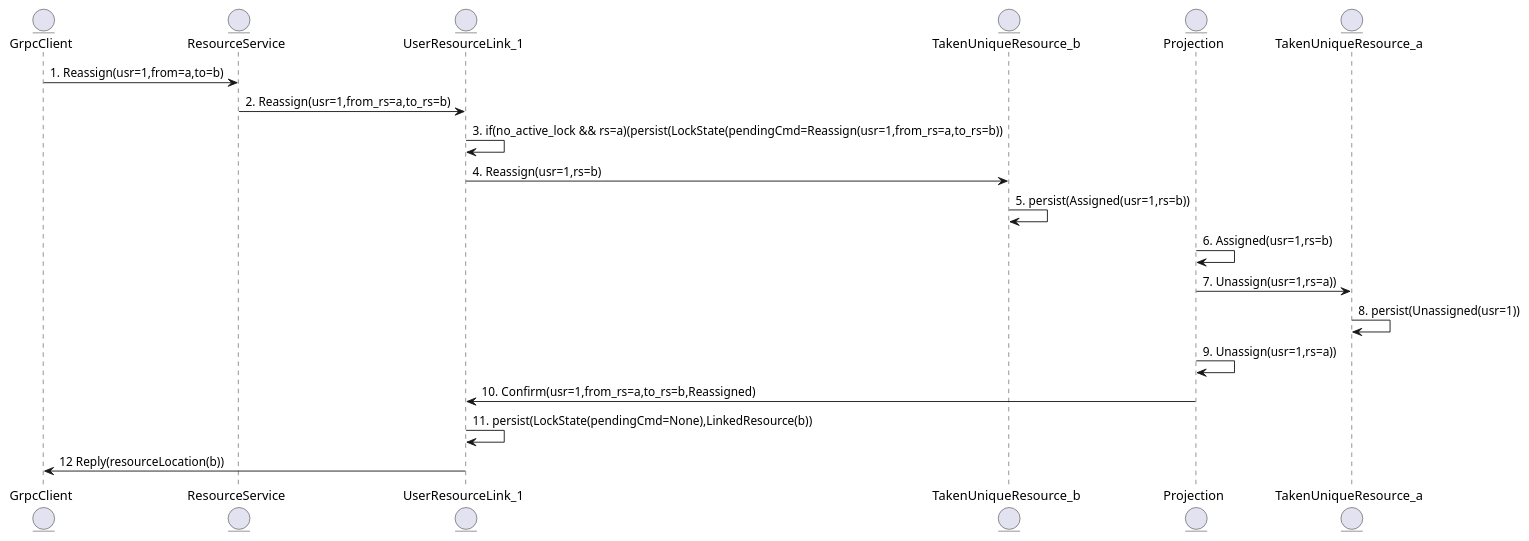
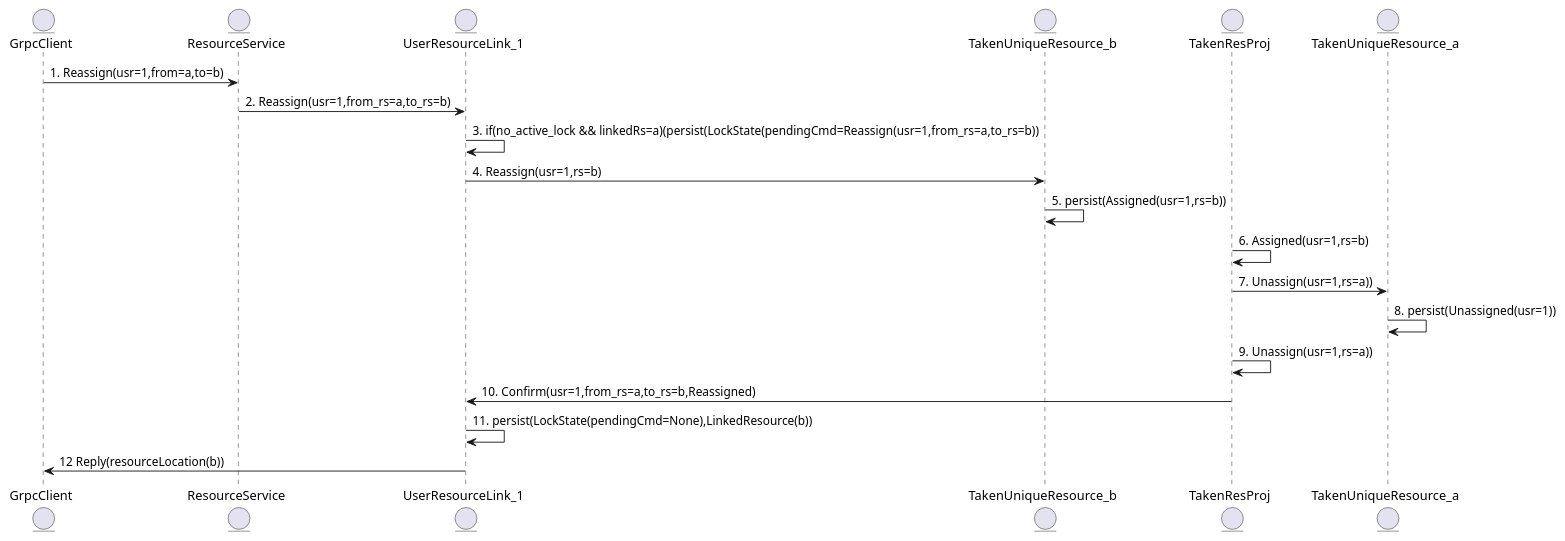
One commit to haghard/unique-resource-management changed the third of 3 diagrams in diagrams.md. Above: the diagram before and after it, drawn with PlantUML. The commit also changed other lines of this file and 2 other files, not shown here.

Commit message:
More diagrams

````diff
--- a/diagrams.md
+++ b/diagrams.md
@@ -76,33 +76,31 @@
 ```plantuml
 @startuml
 
 entity GrpcClient
 
 entity ResourceService
 
 entity UserResourceLink_1
 
 entity TakenUniqueResource_b
 
-entity Projection
+entity TakenResProj
 
 entity TakenUniqueResource_a
 
 
 GrpcClient -> ResourceService:1. Reassign(usr=1,from=a,to=b)
 ResourceService -> UserResourceLink_1:2. Reassign(usr=1,from_rs=a,to_rs=b)
-UserResourceLink_1 -> UserResourceLink_1:3. if(no_active_lock && rs=a)(persist(LockState(pendingCmd=Reassign(usr=1,from_rs=a,to_rs=b))
+UserResourceLink_1 -> UserResourceLink_1:3. if(no_active_lock && linkedRs=a)(persist(LockState(pendingCmd=Reassign(usr=1,from_rs=a,to_rs=b))
 UserResourceLink_1 -> TakenUniqueResource_b:4. Reassign(usr=1,rs=b)
 TakenUniqueResource_b -> TakenUniqueResource_b:5. persist(Assigned(usr=1,rs=b))
-
-Projection -> Projection:6. Assigned(usr=1,rs=b)  
-Projection -> TakenUniqueResource_a:7. Unassign(usr=1,rs=a))
+TakenResProj -> TakenResProj:6. Assigned(usr=1,rs=b)  
+TakenResProj -> TakenUniqueResource_a:7. Unassign(usr=1,rs=a))
 TakenUniqueResource_a -> TakenUniqueResource_a:8. persist(Unassigned(usr=1))
-
-Projection -> Projection:9. Unassign(usr=1,rs=a))
-Projection -> UserResourceLink_1:10. Confirm(usr=1,from_rs=a,to_rs=b,Reassigned) 
+TakenResProj -> TakenResProj:9. Unassign(usr=1,rs=a))
+TakenResProj -> UserResourceLink_1:10. Confirm(usr=1,from_rs=a,to_rs=b,Reassigned) 
 UserResourceLink_1 -> UserResourceLink_1:11. persist(LockState(pendingCmd=None),LinkedResource(b))
 UserResourceLink_1 -> GrpcClient:12 Reply(resourceLocation(b))
 
 @enduml
 ```
````
